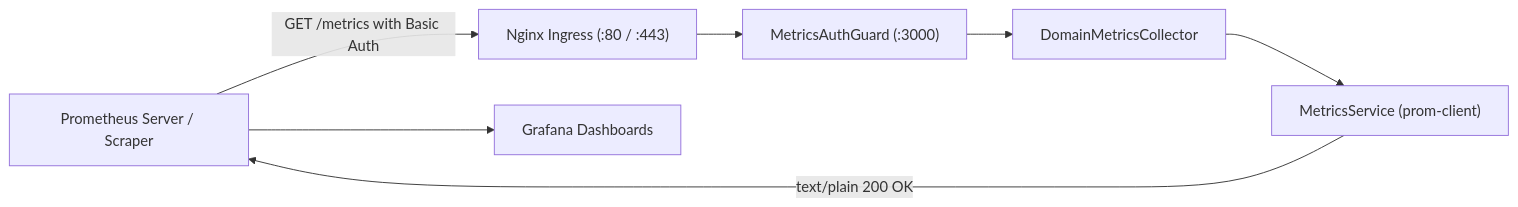
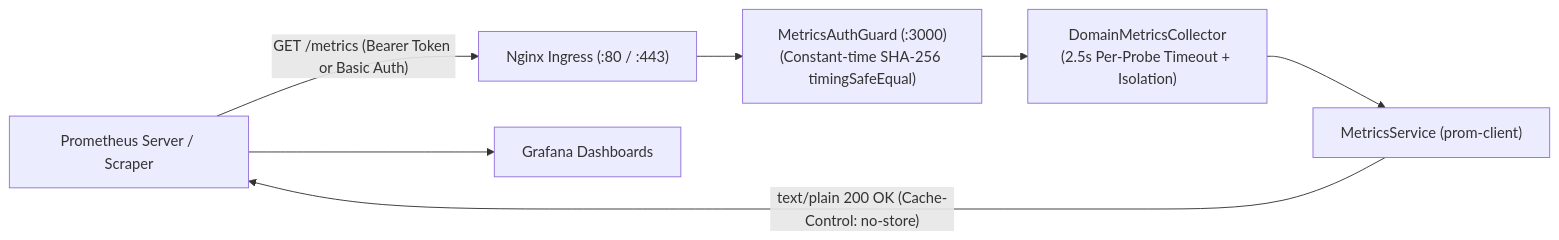
Before and after one commit to Kathir-24/Kumaran-finance: the diagram in apps/api/src/metrics/README.md, drawn with Mermaid. The commit also changed other lines of this file and 72 other files, not shown here.

````diff
--- a/apps/api/src/metrics/README.md
+++ b/apps/api/src/metrics/README.md
@@ -17,9 +17,9 @@
 ```mermaid
 flowchart LR
-    Scraper["Prometheus Server / Scraper"] -->|GET /metrics with Basic Auth| Ingress["Nginx Ingress (:80 / :443)"]
-    Ingress --> Guard["MetricsAuthGuard (:3000)"]
-    Guard --> Collector["DomainMetricsCollector"]
+    Scraper["Prometheus Server / Scraper"] -->|"GET /metrics (Bearer Token or Basic Auth)"| Ingress["Nginx Ingress (:80 / :443)"]
+    Ingress --> Guard["MetricsAuthGuard (:3000)\n(Constant-time SHA-256 timingSafeEqual)"]
+    Guard --> Collector["DomainMetricsCollector\n(2.5s Per-Probe Timeout + Isolation)"]
     Collector --> Registry["MetricsService (prom-client)"]
-    Registry -->|text/plain 200 OK| Scraper
+    Registry -->|"text/plain 200 OK (Cache-Control: no-store)"| Scraper
     Scraper --> Dashboard["Grafana Dashboards"]
 ```
````
